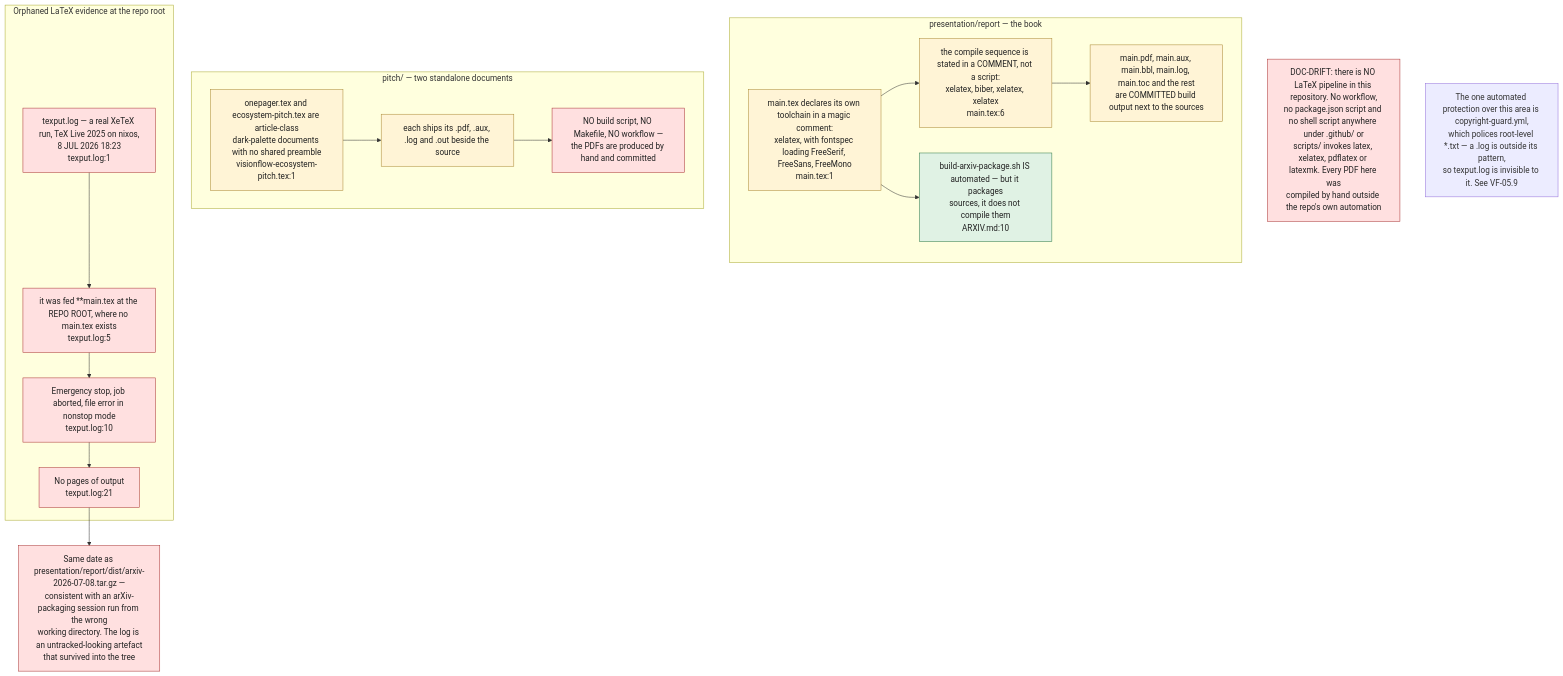
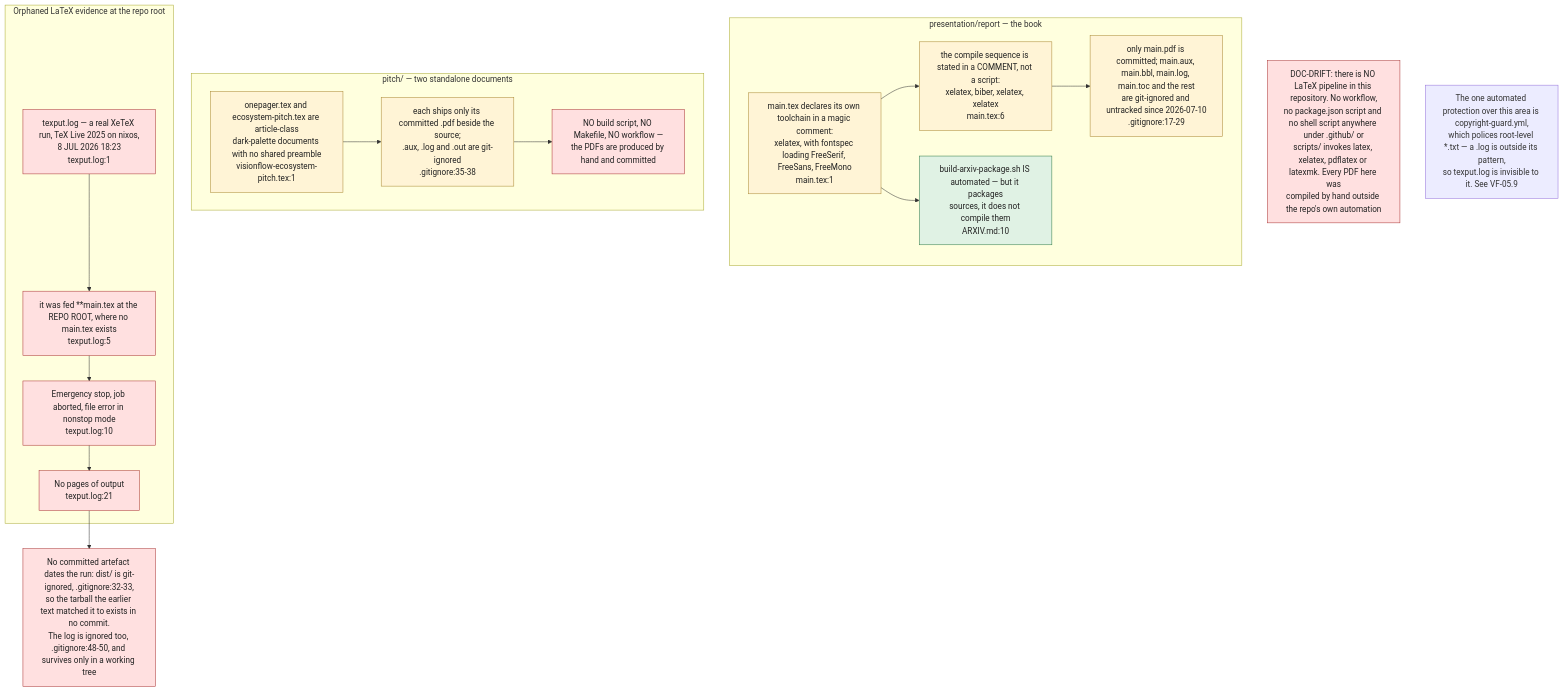
One commit to DreamLab-AI/VisionFlow changed the eighth of 11 diagrams in docs/diagrams/visionflow/07-pitch-presentation-reports.md. Above: the diagram before and after it, drawn with Mermaid. The commit also changed other lines of this file and 91 other files, not shown here.

````diff
--- a/docs/diagrams/visionflow/07-pitch-presentation-reports.md
+++ b/docs/diagrams/visionflow/07-pitch-presentation-reports.md
@@ -321,36 +323,36 @@
 ```mermaid
 flowchart TB
     classDef auto fill:#e0f2e4,stroke:#2f7a45,color:#222
     classDef manual fill:#fff4d6,stroke:#aa8833,color:#222
     classDef orphan fill:#ffe0e0,stroke:#aa3333,color:#222
 
     subgraph BOOK["presentation/report — the book"]
         BT["main.tex declares its own toolchain in a magic comment:<br/>xelatex, with fontspec loading FreeSerif, FreeSans, FreeMono<br/>main.tex:1"]:::manual
         BC["the compile sequence is stated in a COMMENT, not a script:<br/>xelatex, biber, xelatex, xelatex<br/>main.tex:6"]:::manual
         BA["build-arxiv-package.sh IS automated — but it packages<br/>sources, it does not compile them<br/>ARXIV.md:10"]:::auto
-        BOUT["main.pdf, main.aux, main.bbl, main.log, main.toc and the rest<br/>are COMMITTED build output next to the sources"]:::manual
+        BOUT["only main.pdf is committed; main.aux, main.bbl, main.log, main.toc and the rest<br/>are git-ignored and untracked since 2026-07-10<br/>.gitignore:17-29"]:::manual
         BT --> BC --> BOUT
         BT --> BA
     end
 
     subgraph PITCH["pitch/ — two standalone documents"]
         PT["onepager.tex and ecosystem-pitch.tex are article-class<br/>dark-palette documents with no shared preamble<br/>visionflow-ecosystem-pitch.tex:1"]:::manual
-        PO["each ships its .pdf, .aux, .log and .out beside the source"]:::manual
+        PO["each ships only its committed .pdf beside the source;<br/>.aux, .log and .out are git-ignored<br/>.gitignore:35-38"]:::manual
         PN["NO build script, NO Makefile, NO workflow —<br/>the PDFs are produced by hand and committed"]:::orphan
         PT --> PO --> PN
     end
 
     subgraph ORPH["Orphaned LaTeX evidence at the repo root"]
         T1["texput.log — a real XeTeX run, TeX Live 2025 on nixos,<br/>8 JUL 2026 18:23<br/>texput.log:1"]:::orphan
         T2["it was fed **main.tex at the REPO ROOT, where no main.tex exists<br/>texput.log:5"]:::orphan
         T3["Emergency stop, job aborted, file error in nonstop mode<br/>texput.log:10"]:::orphan
         T4["No pages of output<br/>texput.log:21"]:::orphan
         T1 --> T2 --> T3 --> T4
     end
 
-    T4 --> DATE["Same date as presentation/report/dist/arxiv-2026-07-08.tar.gz —<br/>consistent with an arXiv-packaging session run from the wrong<br/>working directory. The log is an untracked-looking artefact<br/>that survived into the tree"]:::orphan
+    T4 --> DATE["No committed artefact dates the run: dist/ is git-ignored, .gitignore:32-33,<br/>so the tarball the earlier text matched it to exists in no commit.<br/>The log is ignored too, .gitignore:48-50, and survives only in a working tree"]:::orphan
 
     VERD["DOC-DRIFT: there is NO LaTeX pipeline in this repository. No workflow,<br/>no package.json script and no shell script anywhere under .github/ or<br/>scripts/ invokes latex, xelatex, pdflatex or latexmk. Every PDF here was<br/>compiled by hand outside the repo's own automation"]:::orphan
 
     GUARD["The one automated protection over this area is copyright-guard.yml,<br/>which polices root-level *.txt — a .log is outside its pattern,<br/>so texput.log is invisible to it. See VF-05.9"]
 ```
````
